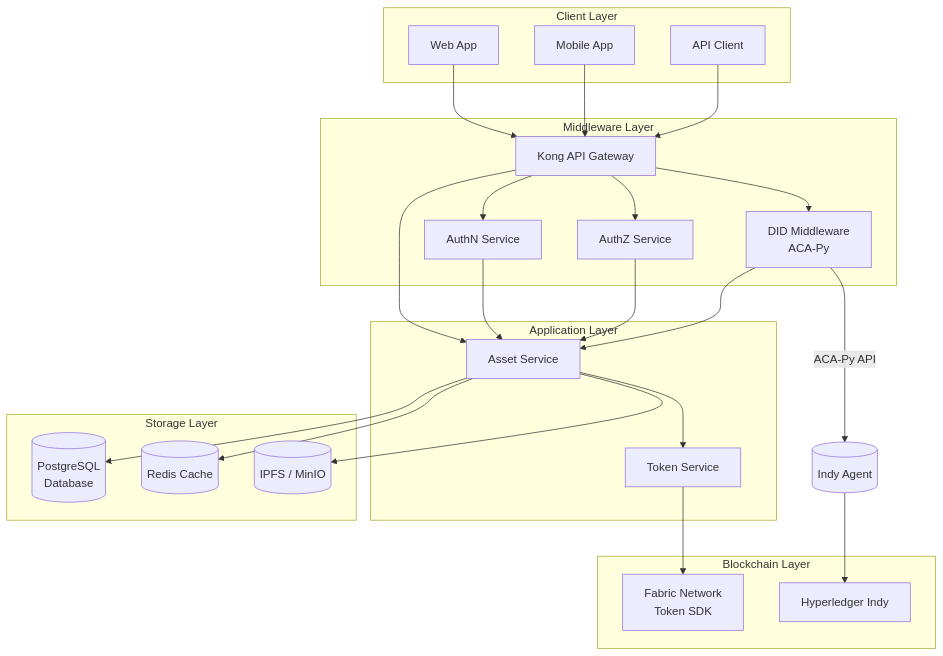
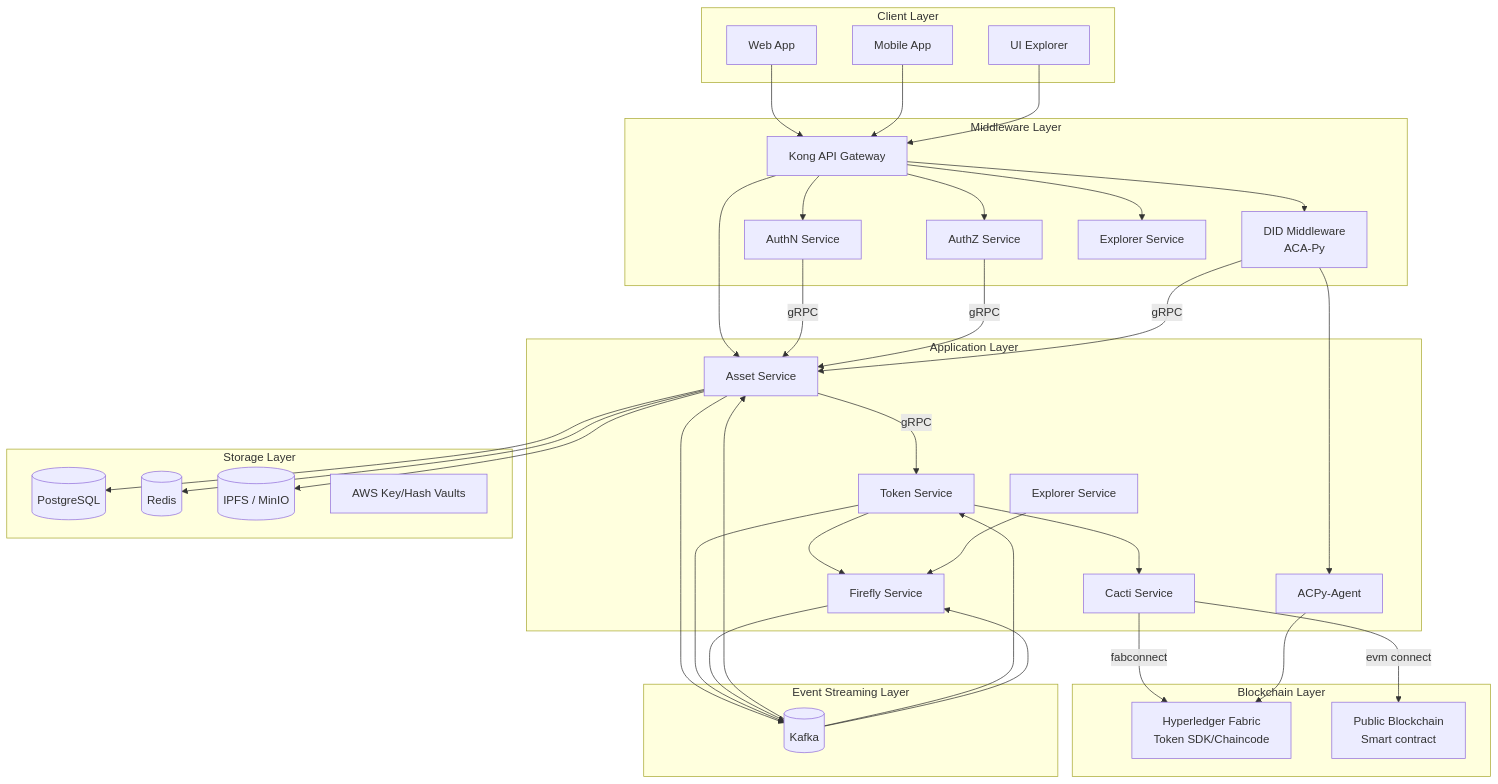
One commit to metafi-blockchain/metafi-digital-assets-service changed the diagram in docs/technical-design.vi.md. Above: the diagram before and after it, drawn with Mermaid. The commit also changed other lines of this file and 1 other file, not shown here.

````diff
--- a/docs/technical-design.vi.md
+++ b/docs/technical-design.vi.md
@@ -7,66 +7,81 @@
 ```mermaid
 graph TD
     %% Client Layer
     subgraph "Client Layer"
         Web[Web App]
         Mobile[Mobile App]
-        API[API Client]
+        Explorer[UI Explorer]
     end
 
     %% Middleware Layer
     subgraph "Middleware Layer"
         Gateway[Kong API Gateway]
         AuthN[AuthN Service]
         AuthZ[AuthZ Service]
-        DID[DID Middleware<br/>ACA-Py]
+        DID["DID Middleware<br/>ACA-Py"]
+        ExplorerService[Explorer Service]
     end
 
     %% Application Layer
     subgraph "Application Layer"
         Asset[Asset Service]
         Token[Token Service]
+        Firefly[Firefly Service]
+        Cacti[Cacti Service]
+        ExplorerServiceApp[Explorer Service]
+        ACAPy[ACPy-Agent]
     end
 
     %% Blockchain Layer
     subgraph "Blockchain Layer"
-        Fabric[Fabric Network<br/>Token SDK]
-        Indy[Hyperledger Indy]
+        Fabric["Hyperledger Fabric\nToken SDK/Chaincode"]
+        PublicChain["Public Blockchain\nSmart contract"]
     end
 
     %% Storage Layer
     subgraph "Storage Layer"
-        DB[(PostgreSQL<br/>Database)]
-        Cache[(Redis Cache)]
+        DB[(PostgreSQL)]
+        Cache[(Redis)]
         Storage[(IPFS / MinIO)]
+        KeyVaults[AWS Key/Hash Vaults]
     end
 
-    %% Flows from Clients
+    %% Event Streaming Layer
+    subgraph "Event Streaming Layer"
+        Kafka[(Kafka)]
+    end
+
     Web --> Gateway
     Mobile --> Gateway
-    API --> Gateway
+    Explorer --> Gateway
 
-    %% Gateway routing
     Gateway --> AuthN
     Gateway --> AuthZ
     Gateway --> Asset
     Gateway --> DID
+    Gateway --> ExplorerService
 
-    %% Auth middleware interaction
-    AuthN --> Asset
-    AuthZ --> Asset
-    DID --> Asset
+    AuthN --> |gRPC|Asset
+    AuthZ -->|gRPC|Asset
+    DID --> |gRPC|Asset
 
-    %% AssetService integration
-    Asset --> Token
+    Asset --> |gRPC|Token
+    Token --> Firefly
+    Token --> Cacti
+    Cacti -->|fabconnect| Fabric
+    Cacti -->|evm connect| PublicChain
 
-    %% Token → Blockchain
-    Token --> Fabric
-
-    %% DID interaction with Indy (off-chain)
-    DID -->|ACA-Py API| DIDAgent[(Indy Agent)] --> Indy
-
-    %% Asset data persistence
     Asset --> DB
     Asset --> Cache
     Asset --> Storage
+    DID -->ACAPy
+    ACAPy -->Fabric
+
+    Asset --> Kafka
+    Kafka --> Asset
+    Token --> Kafka
+    Kafka --> Token
+    Firefly --> Kafka
+    Kafka --> Firefly
+    ExplorerServiceApp --> Firefly
 ```
````
